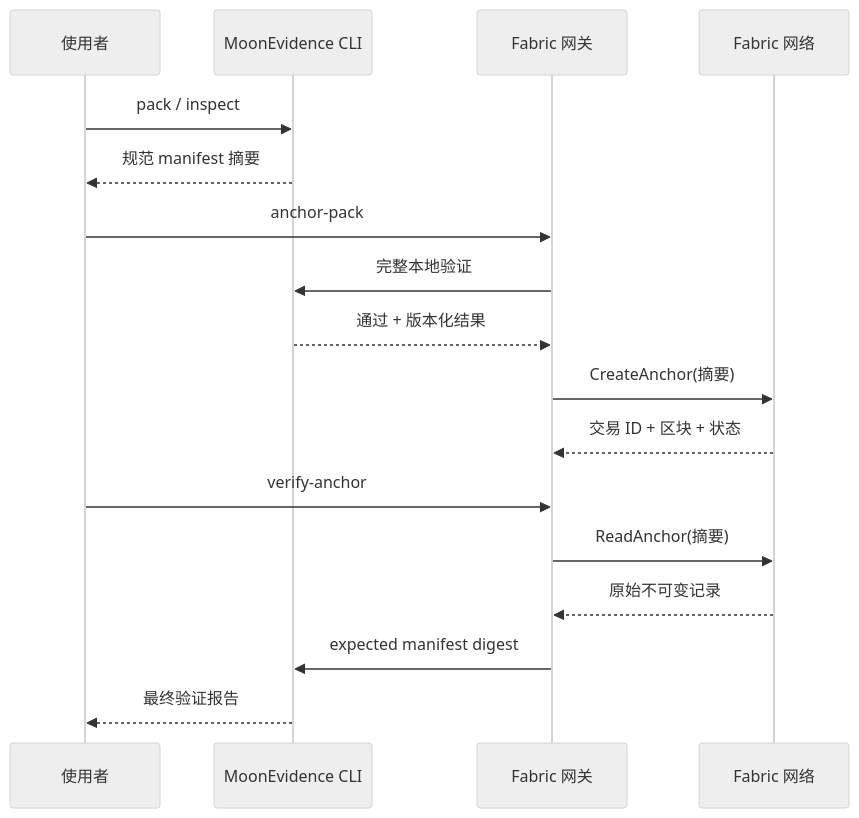
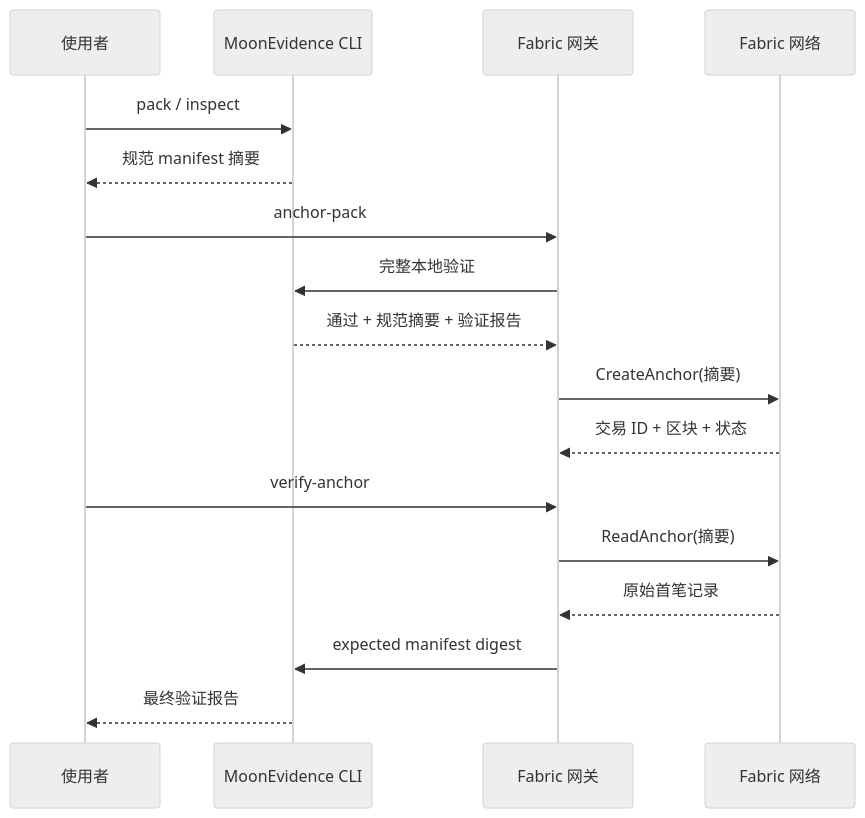
The third of 4 diagrams in docs/ARCHITECTURE.md (wenlittle/MoonEvidence), drawn with Mermaid before and after one commit. The commit also changed other lines of this file and 19 other files, not shown here.

````diff
--- a/docs/ARCHITECTURE.md
+++ b/docs/ARCHITECTURE.md
@@ -136,20 +136,20 @@
 ```mermaid
 %%{init: {"theme": "neutral"}}%%
 sequenceDiagram
     participant U as 使用者
     participant M as MoonEvidence CLI
     participant G as Fabric 网关
     participant F as Fabric 网络
     U->>M: pack / inspect
     M-->>U: 规范 manifest 摘要
     U->>G: anchor-pack
     G->>M: 完整本地验证
-    M-->>G: 通过 + 版本化结果
+    M-->>G: 通过 + 规范摘要 + 验证报告
     G->>F: CreateAnchor(摘要)
     F-->>G: 交易 ID + 区块 + 状态
     U->>G: verify-anchor
     G->>F: ReadAnchor(摘要)
-    F-->>G: 原始不可变记录
+    F-->>G: 原始首笔记录
     G->>M: expected manifest digest
     M-->>U: 最终验证报告
 ```
````
